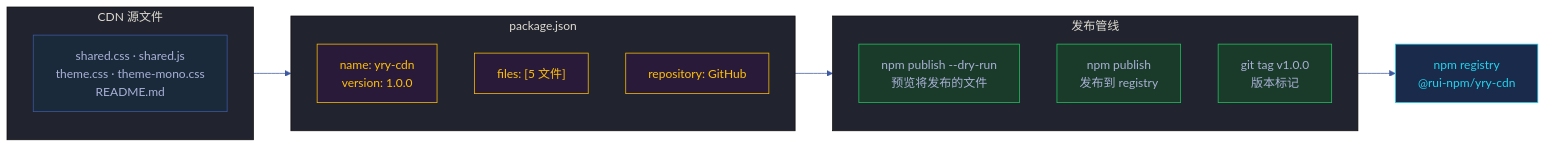
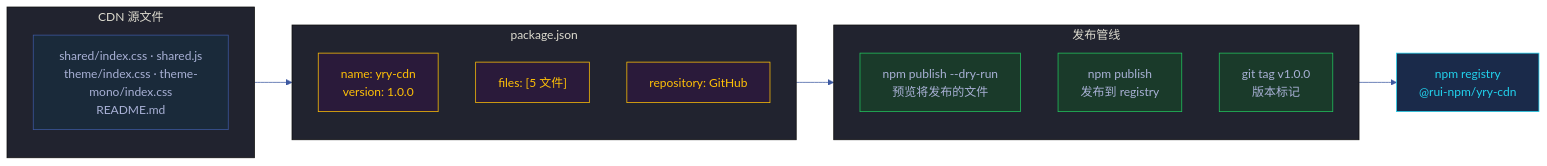
The first of 3 diagrams in cdn/故事任务面板/cdn/场景-5-npm包发布与版本管理/index.md (effiy/YrY), drawn with Mermaid before and after one commit. The commit also changed other lines of this file and 553 other files, not shown here.

````diff
--- a/cdn/故事任务面板/cdn/场景-5-npm包发布与版本管理/index.md
+++ b/cdn/故事任务面板/cdn/场景-5-npm包发布与版本管理/index.md
@@ -8,35 +8,35 @@
 ```mermaid
 %%{init: {'theme': 'base', 'themeVariables': {
   'primaryColor': '#1e1f2b',
   'primaryTextColor': '#a9b1d6',
   'primaryBorderColor': '#3d59a1',
   'lineColor': '#3d59a1',
   'secondaryColor': '#2b2d3b',
   'tertiaryColor': '#21232f'
 }}}%%
 flowchart LR
     subgraph SOURCE["CDN 源文件"]
-        FILES["shared.css · shared.js<br/>theme.css · theme-mono.css<br/>README.md"]:::file
+        FILES["shared/index.css · shared.js<br/>theme/index.css · theme-mono/index.css<br/>README.md"]:::file
     end
 
     subgraph PKG["package.json"]
         META_N["name: yry-cdn<br/>version: 1.0.0"]:::meta
         FILES_F["files: [5 文件]"]:::meta
         REPO["repository: GitHub"]:::meta
     end
 
     subgraph PUBLISH["发布管线"]
         DRY["npm publish --dry-run<br/>预览将发布的文件"]:::step
         REAL["npm publish<br/>发布到 registry"]:::step
         TAG["git tag v1.0.0<br/>版本标记"]:::step
     end
 
     SOURCE --> PKG
     PKG --> PUBLISH
     PUBLISH --> REGISTRY["npm registry<br/>@rui-npm/yry-cdn"]:::endpoint
 
     classDef file fill:#1a2a3a,stroke:#3d59a1,color:#a9b1d6
     classDef meta fill:#2a1a3a,stroke:#FFC107,color:#FFC107
     classDef step fill:#1a3a2a,stroke:#22c55e,color:#a9b1d6
     classDef endpoint fill:#1a2a4a,stroke:#22d3ee,color:#22d3ee
 ```
````
